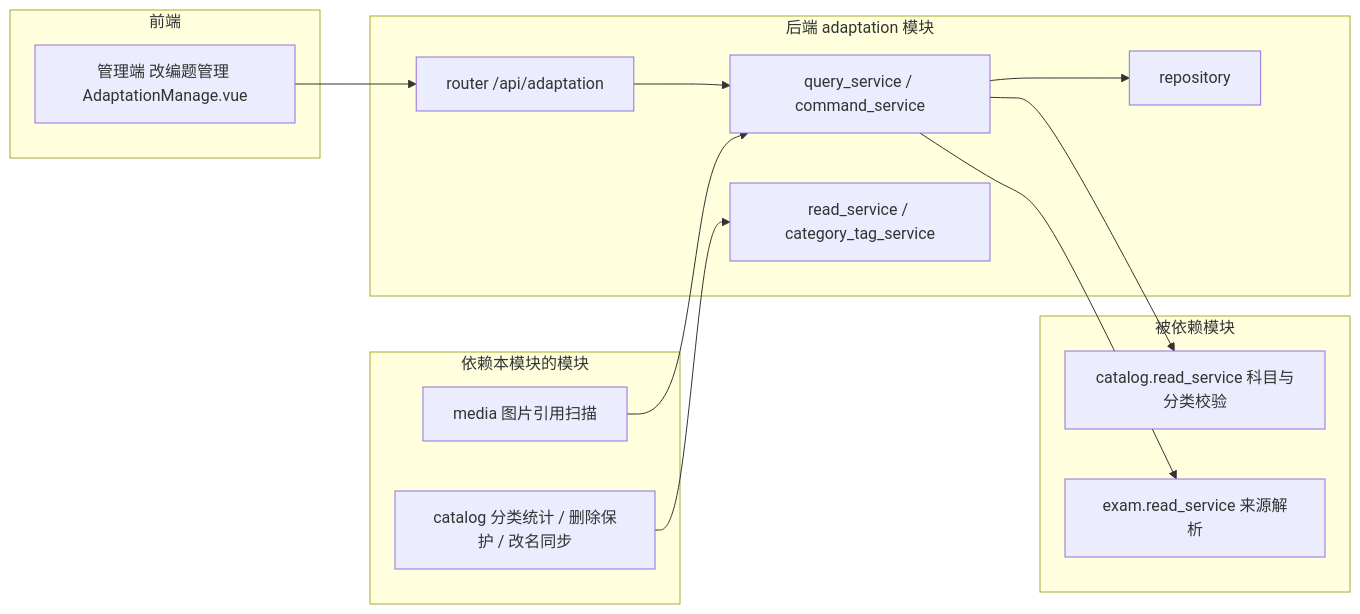
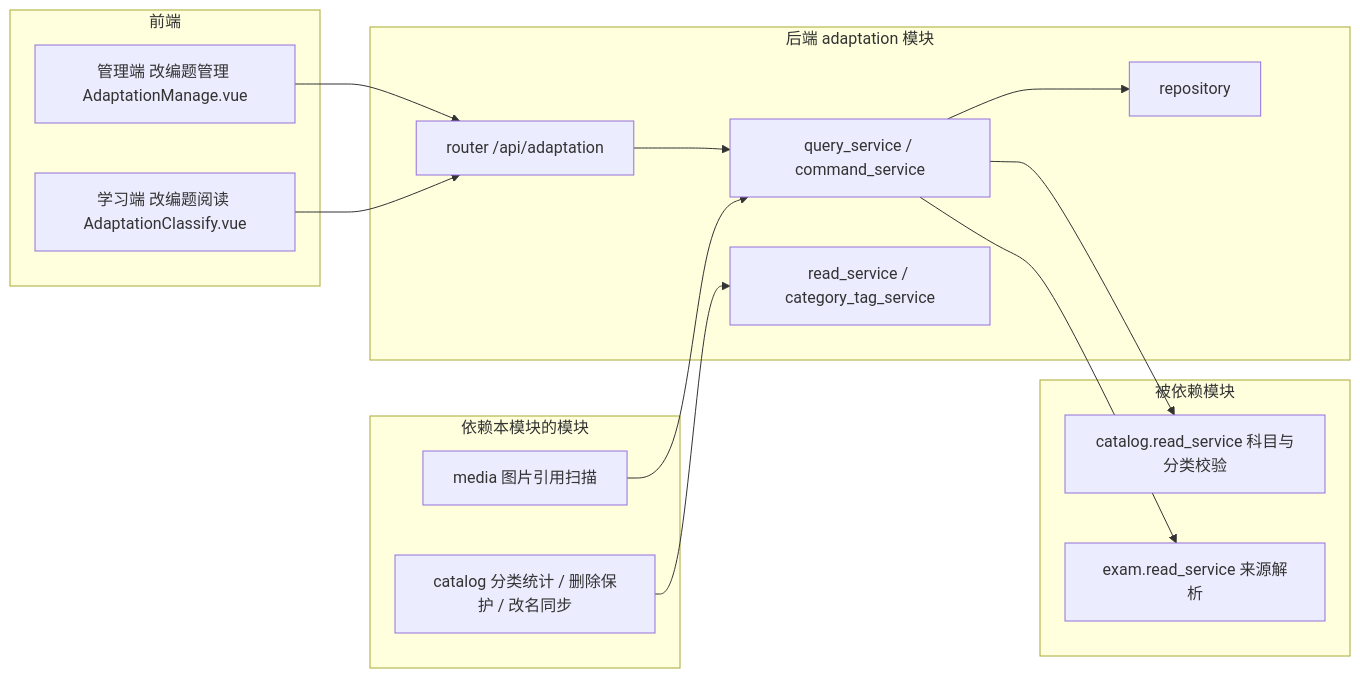
Before and after one commit to ddll8023/408web: the first of 4 diagrams in doc/模块/真题改编模块开发设计.md, drawn with Mermaid. The commit also changed other lines of this file and 40 other files, not shown here.

````diff
--- a/doc/模块/真题改编模块开发设计.md
+++ b/doc/模块/真题改编模块开发设计.md
@@ -93,31 +95,33 @@
 ```mermaid
 flowchart LR
     subgraph FE[前端]
         FE1[管理端 改编题管理 AdaptationManage.vue]
+        FE2[学习端 改编题阅读 AdaptationClassify.vue]
     end
 
     subgraph BE[后端 adaptation 模块]
         BE1[router /api/adaptation]
         BE2[query_service / command_service]
         BE3[read_service / category_tag_service]
         BE4[repository]
     end
 
     subgraph DEP[被依赖模块]
         D1[catalog.read_service 科目与分类校验]
         D2[exam.read_service 来源解析]
     end
 
     subgraph UP[依赖本模块的模块]
         U1[catalog 分类统计 / 删除保护 / 改名同步]
         U2[media 图片引用扫描]
     end
 
     FE1 --> BE1
+    FE2 --> BE1
     BE1 --> BE2
     BE2 --> BE4
     BE2 --> D1
     BE2 --> D2
     U1 --> BE3
     U2 --> BE2
 ```
````
